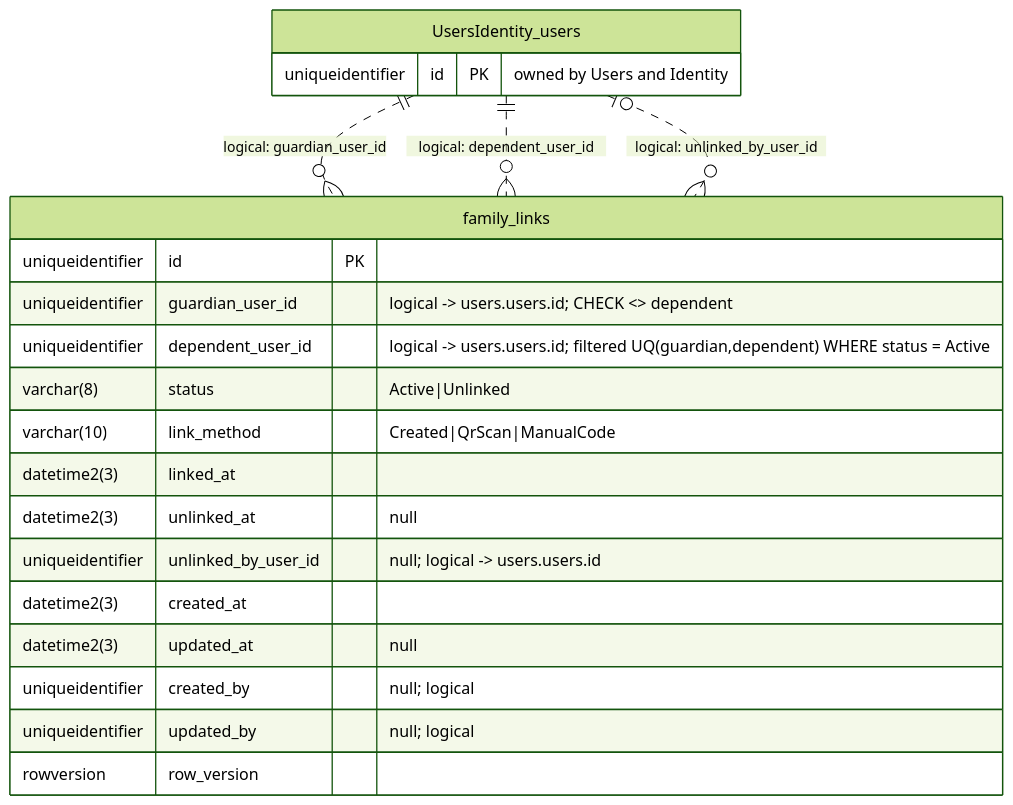
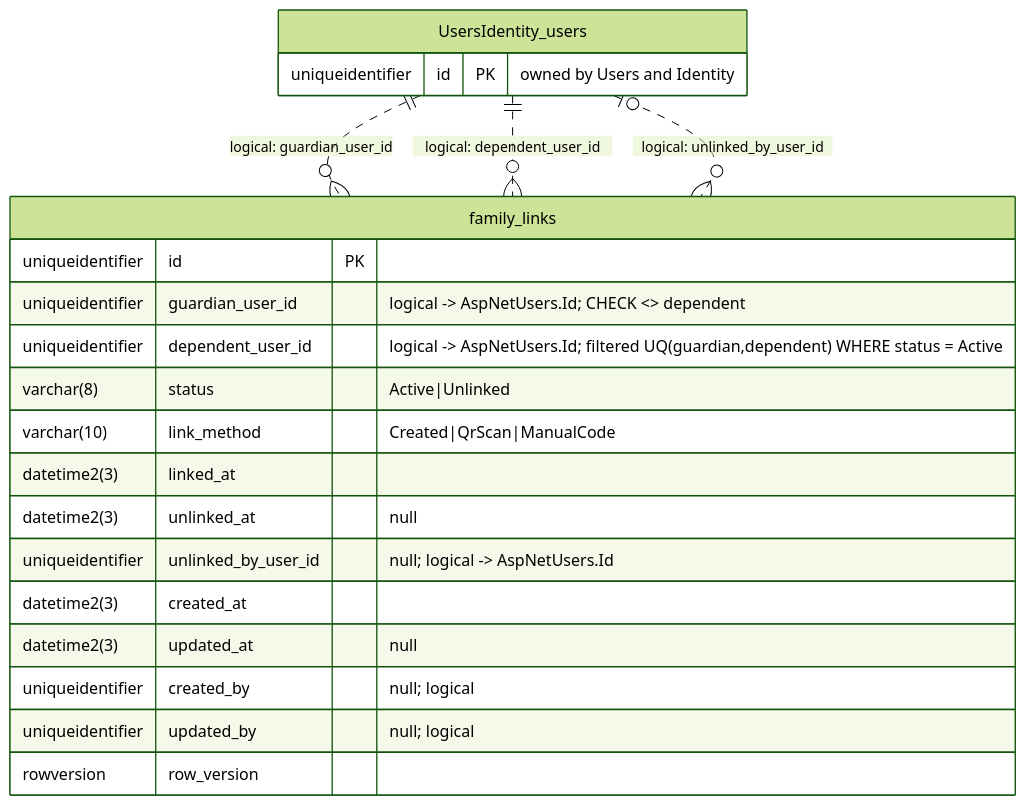
One commit to DohaTammam/Ilmi-Project changed the fifth of 10 diagrams in docs/database/erd.md. Above: the diagram before and after it, drawn with Mermaid (forest theme). The commit also changed other lines of this file and 122 other files, not shown here.

````diff
--- a/docs/database/erd.md
+++ b/docs/database/erd.md
@@ -260,25 +318,25 @@
 ```mermaid
 erDiagram
   UsersIdentity_users ||..o{ family_links : "logical: guardian_user_id"
   UsersIdentity_users ||..o{ family_links : "logical: dependent_user_id"
   UsersIdentity_users |o..o{ family_links : "logical: unlinked_by_user_id"
 
   UsersIdentity_users {
     uniqueidentifier id PK "owned by Users and Identity"
   }
   family_links {
     uniqueidentifier id PK
-    uniqueidentifier guardian_user_id "logical -> users.users.id; CHECK <> dependent"
-    uniqueidentifier dependent_user_id "logical -> users.users.id; filtered UQ(guardian,dependent) WHERE status = Active"
+    uniqueidentifier guardian_user_id "logical -> AspNetUsers.Id; CHECK <> dependent"
+    uniqueidentifier dependent_user_id "logical -> AspNetUsers.Id; filtered UQ(guardian,dependent) WHERE status = Active"
     varchar(8) status "Active|Unlinked"
     varchar(10) link_method "Created|QrScan|ManualCode"
     datetime2(3) linked_at
     datetime2(3) unlinked_at "null"
-    uniqueidentifier unlinked_by_user_id "null; logical -> users.users.id"
+    uniqueidentifier unlinked_by_user_id "null; logical -> AspNetUsers.Id"
     datetime2(3) created_at
     datetime2(3) updated_at "null"
     uniqueidentifier created_by "null; logical"
     uniqueidentifier updated_by "null; logical"
     rowversion row_version
   }
 ```
````
